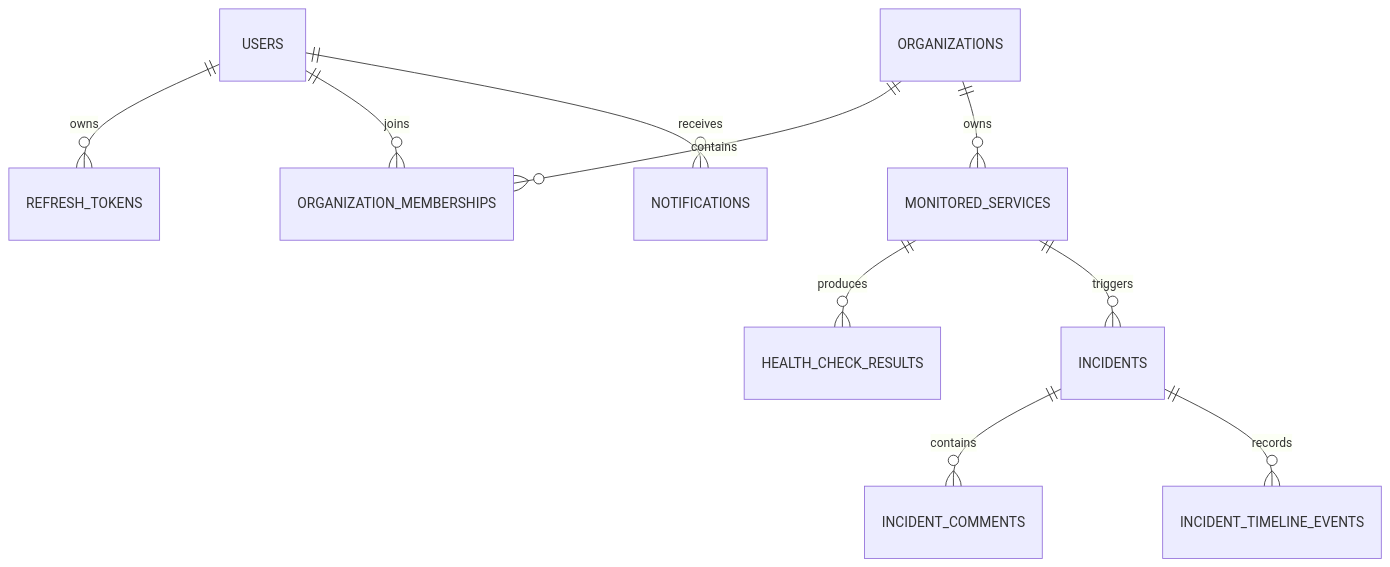
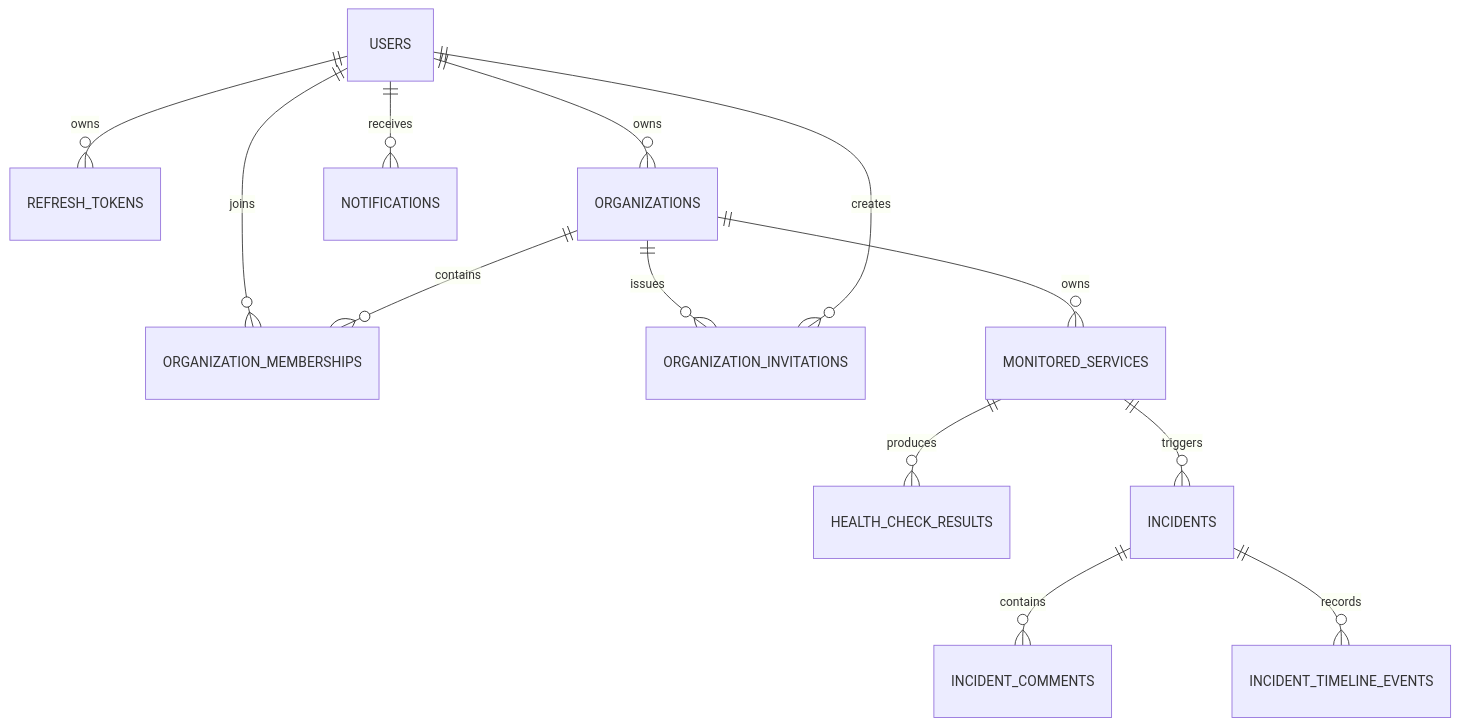
One commit to mahibnasif/pulseops changed the diagram in docs/database.md. Above: the diagram before and after it, drawn with Mermaid. The commit also changed other lines of this file and 6 other files, not shown here.

````diff
--- a/docs/database.md
+++ b/docs/database.md
@@ -11,12 +11,15 @@
 ```mermaid
 erDiagram
     USERS ||--o{ REFRESH_TOKENS : owns
     USERS ||--o{ ORGANIZATION_MEMBERSHIPS : joins
     ORGANIZATIONS ||--o{ ORGANIZATION_MEMBERSHIPS : contains
+    USERS ||--o{ ORGANIZATIONS : owns
+    ORGANIZATIONS ||--o{ ORGANIZATION_INVITATIONS : issues
+    USERS ||--o{ ORGANIZATION_INVITATIONS : creates
     ORGANIZATIONS ||--o{ MONITORED_SERVICES : owns
     MONITORED_SERVICES ||--o{ HEALTH_CHECK_RESULTS : produces
     MONITORED_SERVICES ||--o{ INCIDENTS : triggers
     INCIDENTS ||--o{ INCIDENT_COMMENTS : contains
     INCIDENTS ||--o{ INCIDENT_TIMELINE_EVENTS : records
     USERS ||--o{ NOTIFICATIONS : receives
 ```
````
